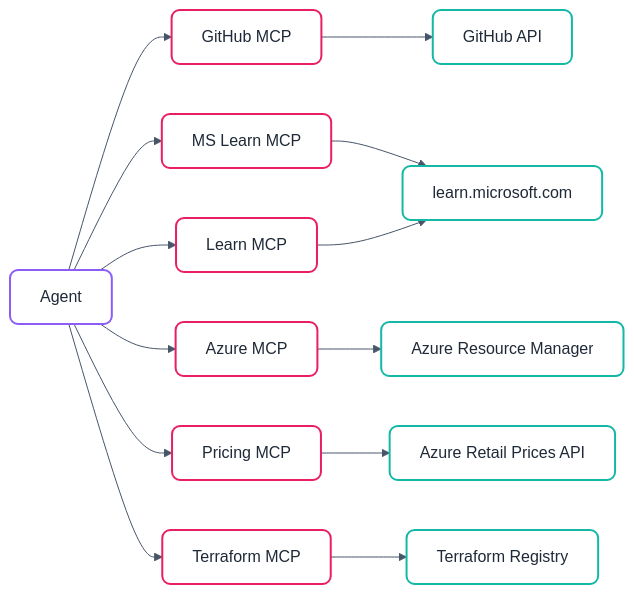
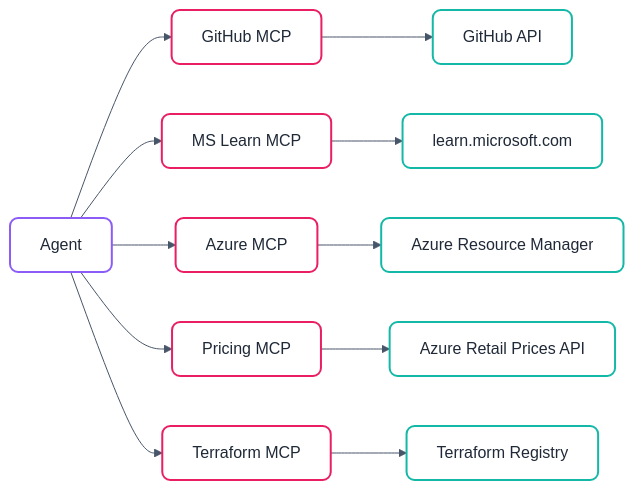
The diagram in docs/how-it-works/mcp-integration.md (tan-ex/apex-agent-blueprint), drawn with Mermaid before and after one commit. The commit also changed other lines of this file and 220 other files, not shown here.

````diff
--- a/docs/how-it-works/mcp-integration.md
+++ b/docs/how-it-works/mcp-integration.md
@@ -21,36 +22,34 @@
 ```mermaid
 %%{
   init: {
     'theme': 'base',
     'themeVariables': {
       'primaryColor': '#ffffff',
       'primaryTextColor': '#333333',
       'primaryBorderColor': '#14b8a6',
       'lineColor': '#475569',
       'fontFamily': 'ui-sans-serif, system-ui, -apple-system, sans-serif'
     },
     'flowchart': {
       'curve': 'basis',
       'nodeSpacing': 50,
       'rankSpacing': 50
     }
   }
 }%%
 flowchart LR
     classDef default fill:#ffffff,stroke:#14b8a6,stroke-width:2px,color:#1f2937,rx:8px,ry:8px;
     classDef agent fill:#ffffff,stroke:#8b5cf6,stroke-width:2px,color:#1f2937,rx:8px,ry:8px;
     classDef mcp fill:#ffffff,stroke:#e91e63,stroke-width:2px,color:#1f2937,rx:8px,ry:8px;
 
     A["Agent"]:::agent --> M1["GitHub MCP"]:::mcp
     A --> M2["MS Learn MCP"]:::mcp
     A --> M3["Azure MCP"]:::mcp
     A --> M4["Pricing MCP"]:::mcp
     A --> M5["Terraform MCP"]:::mcp
-    A --> M6["Learn MCP"]:::mcp
     M1 --> G["GitHub API"]
-    M2 --> L["Microsoft Learn API"]
+    M2 --> L["learn.microsoft.com"]
     M3 --> AZ["Azure Resource Manager"]
     M4 --> P["Azure Retail Prices API"]
     M5 --> T["Terraform Registry"]
-    M6 --> L["learn.microsoft.com"]
 ```
````
